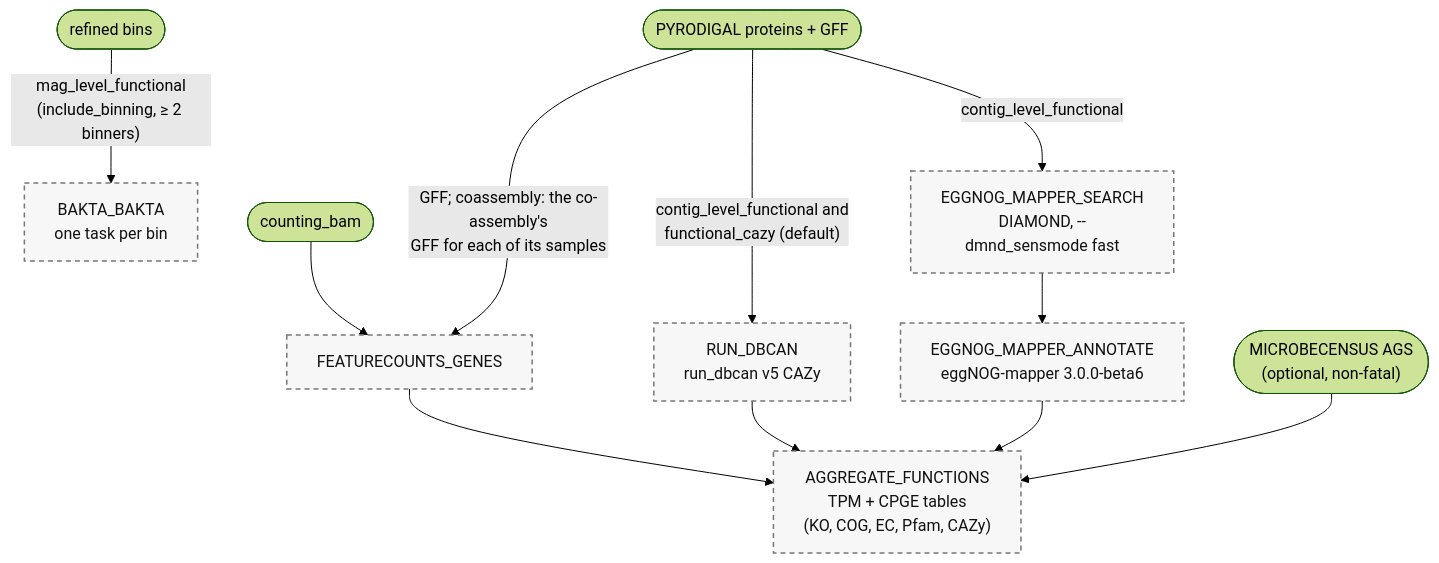
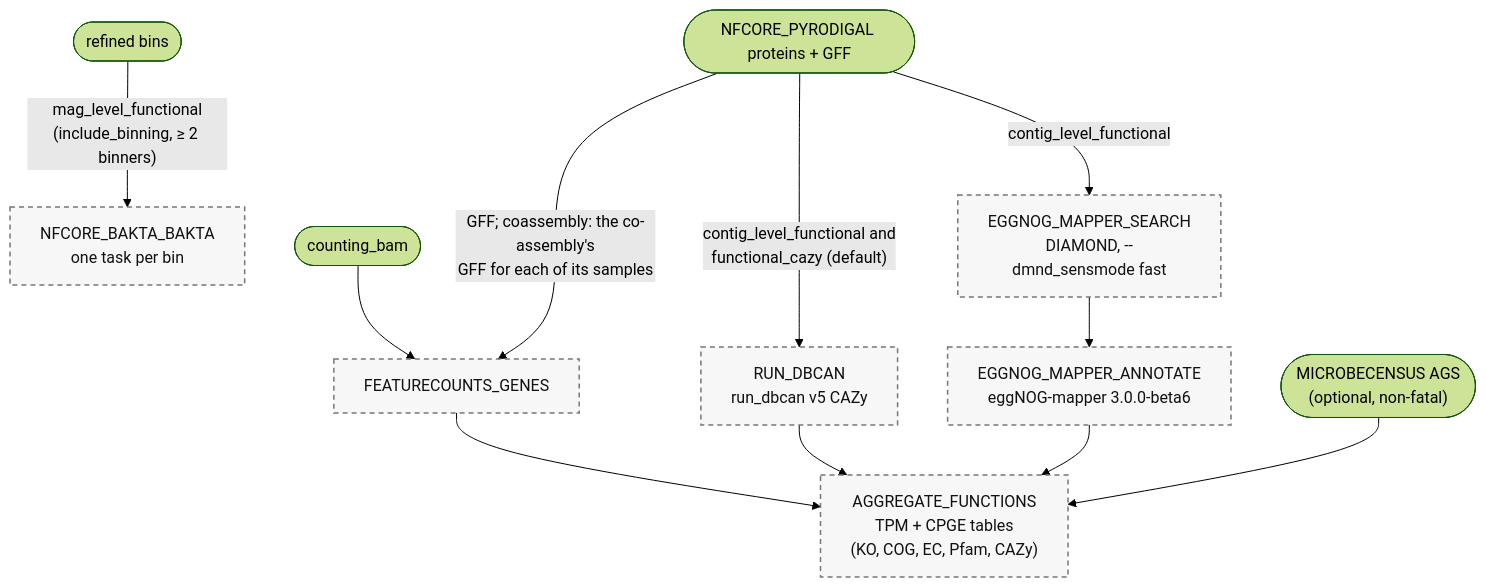
Diagram 12 of 14 in docs/WORKFLOW_DIAGRAM.md (gene2dis/BugBuster), drawn with Mermaid (forest theme) before and after one commit. The commit also changed other lines of this file and 36 other files, not shown here.

````diff
--- a/docs/WORKFLOW_DIAGRAM.md
+++ b/docs/WORKFLOW_DIAGRAM.md
@@ -452,15 +452,15 @@
 ```mermaid
 flowchart TD
-    Prot(["PYRODIGAL proteins + GFF"]) -->|contig_level_functional| EGGNOG_MAPPER_SEARCH["EGGNOG_MAPPER_SEARCH<br/>DIAMOND, --dmnd_sensmode fast"]
+    Prot(["NFCORE_PYRODIGAL proteins + GFF"]) -->|contig_level_functional| EGGNOG_MAPPER_SEARCH["EGGNOG_MAPPER_SEARCH<br/>DIAMOND, --dmnd_sensmode fast"]
     EGGNOG_MAPPER_SEARCH --> EGGNOG_MAPPER_ANNOTATE["EGGNOG_MAPPER_ANNOTATE<br/>eggNOG-mapper 3.0.0-beta6"]
     Prot -->|"contig_level_functional and<br/>functional_cazy (default)"| RUN_DBCAN["RUN_DBCAN<br/>run_dbcan v5 CAZy"]
     BAMs(["counting_bam"]) --> FEATURECOUNTS_GENES
     Prot -->|"GFF; coassembly: the co-assembly's<br/>GFF for each of its samples"| FEATURECOUNTS_GENES
     Ags(["MICROBECENSUS AGS<br/>(optional, non-fatal)"]) --> AGGREGATE_FUNCTIONS
     EGGNOG_MAPPER_ANNOTATE & RUN_DBCAN & FEATURECOUNTS_GENES --> AGGREGATE_FUNCTIONS["AGGREGATE_FUNCTIONS<br/>TPM + CPGE tables<br/>(KO, COG, EC, Pfam, CAZy)"]
 
-    Bins(["refined bins"]) -->|"mag_level_functional<br/>(include_binning, ≥ 2 binners)"| BAKTA_BAKTA["BAKTA_BAKTA<br/>one task per bin"]
+    Bins(["refined bins"]) -->|"mag_level_functional<br/>(include_binning, ≥ 2 binners)"| NFCORE_BAKTA_BAKTA["NFCORE_BAKTA_BAKTA<br/>one task per bin"]
 
     classDef opt fill:#F7F7F7,stroke:#777,stroke-width:1.5px,stroke-dasharray:5 4,color:#111
-    class EGGNOG_MAPPER_SEARCH,EGGNOG_MAPPER_ANNOTATE,RUN_DBCAN,FEATURECOUNTS_GENES,AGGREGATE_FUNCTIONS,BAKTA_BAKTA opt
+    class EGGNOG_MAPPER_SEARCH,EGGNOG_MAPPER_ANNOTATE,RUN_DBCAN,FEATURECOUNTS_GENES,AGGREGATE_FUNCTIONS,NFCORE_BAKTA_BAKTA opt
 ```
````
